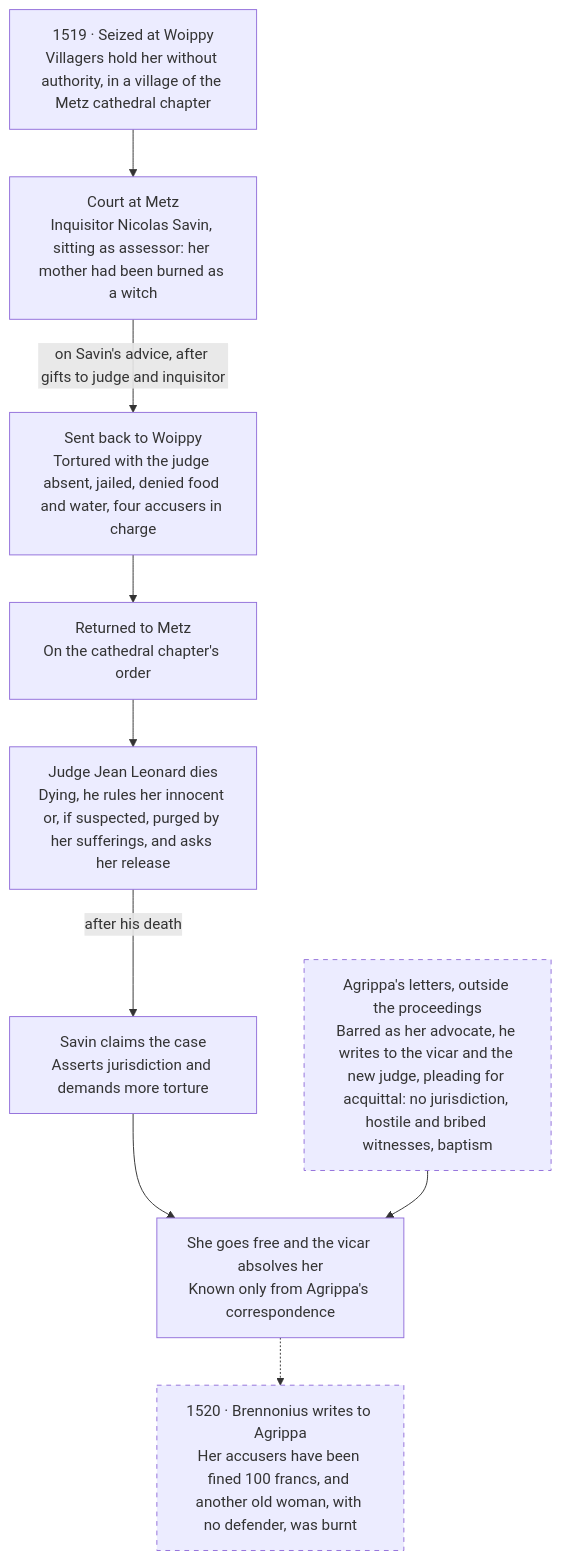
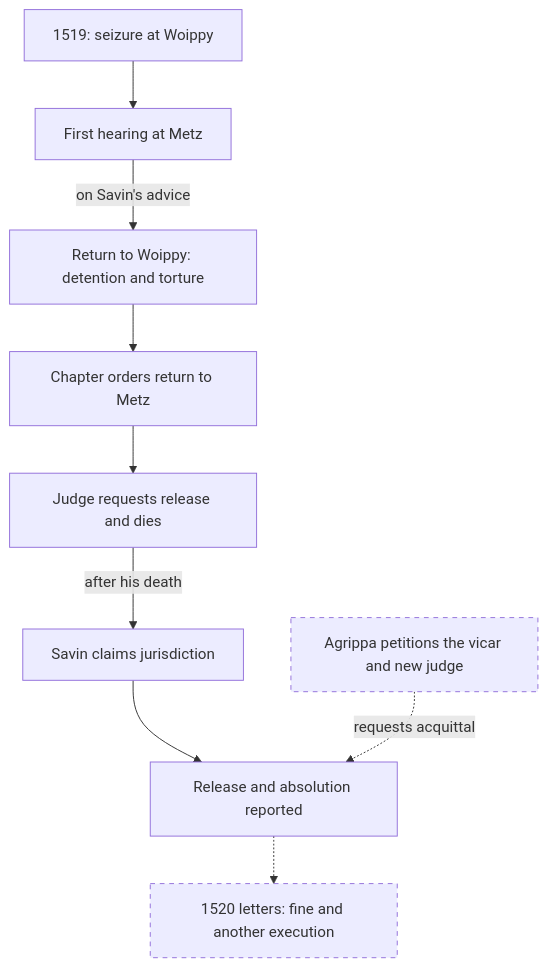
The diagram in docs/research/scapegoating/agrippa-at-metz.md (JosiahAlanLee/Codex-Intervallorum), drawn with Mermaid before and after one commit. The commit also changed other lines of this file and 4 other files, not shown here.

````diff
--- a/docs/research/scapegoating/agrippa-at-metz.md
+++ b/docs/research/scapegoating/agrippa-at-metz.md
@@ -36,22 +36,22 @@
 ```mermaid
 flowchart TD
-  A["1519 · Seized at Woippy<br/>Villagers hold her without authority, in a village of the Metz cathedral chapter"]
-  B["Court at Metz<br/>Inquisitor Nicolas Savin, sitting as assessor: her mother had been burned as a witch"]
-  C["Sent back to Woippy<br/>Tortured with the judge absent, jailed, denied food and water, four accusers in charge"]
-  D["Returned to Metz<br/>On the cathedral chapter's order"]
-  E["Judge Jean Leonard dies<br/>Dying, he rules her innocent or, if suspected, purged by her sufferings, and asks her release"]
-  F["Savin claims the case<br/>Asserts jurisdiction and demands more torture"]
-  G["She goes free and the vicar absolves her<br/>Known only from Agrippa's correspondence"]
-  H["1520 · Brennonius writes to Agrippa<br/>Her accusers have been fined 100 francs, and another old woman, with no defender, was burnt"]
-  L["Agrippa's letters, outside the proceedings<br/>Barred as her advocate, he writes to the vicar and the new judge, pleading for acquittal: no jurisdiction, hostile and bribed witnesses, baptism"]
+  A["1519: seizure at Woippy"]
+  B["First hearing at Metz"]
+  C["Return to Woippy: detention and torture"]
+  D["Chapter orders return to Metz"]
+  E["Judge requests release and dies"]
+  F["Savin claims jurisdiction"]
+  G["Release and absolution reported"]
+  H["1520 letters: fine and another execution"]
+  L["Agrippa petitions the vicar and new judge"]
   A --> B
-  B -->|"on Savin's advice, after gifts to judge and inquisitor"| C
+  B -->|"on Savin's advice"| C
   C --> D
   D --> E
   E -->|"after his death"| F
   F --> G
   G -.-> H
-  L --> G
+  L -.->|"requests acquittal"| G
   classDef later stroke-dasharray: 5 5
   class H,L later
 ```
````
